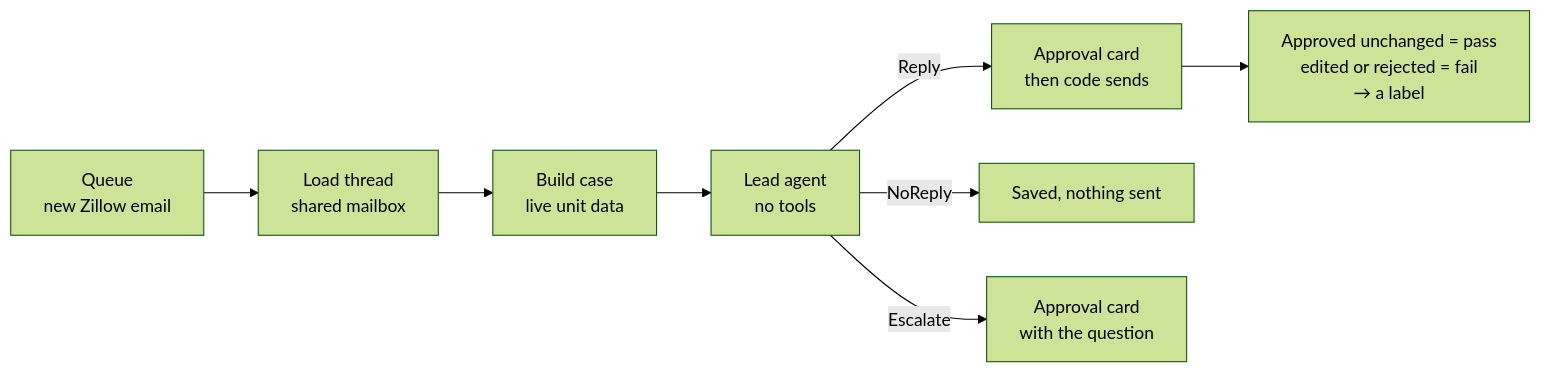
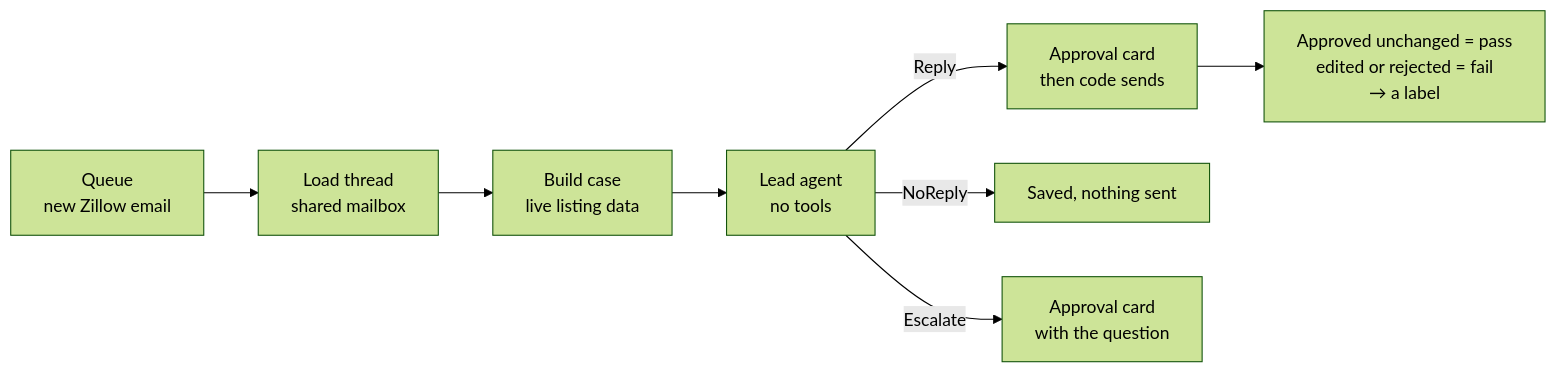
Before and after one commit to EmilioEsposito/portfolio: the third of 3 diagrams in api/src/sernia_ai/zillow_leads/README.md, drawn with Mermaid (forest theme). The commit also changed other lines of this file and 15 other files, not shown here.

First line of the commit message:
Name the case builder's input ListingData, matching listing_data.py

````diff
--- a/api/src/sernia_ai/zillow_leads/README.md
+++ b/api/src/sernia_ai/zillow_leads/README.md
@@ -335,10 +335,10 @@
 ```mermaid
 flowchart LR
     Q["Queue<br/>new Zillow email"] --> T["Load thread<br/>shared mailbox"]
-    T --> B["Build case<br/>live unit data"]
+    T --> B["Build case<br/>live listing data"]
     B --> X["Lead agent<br/>no tools"]
     X -->|Reply| A["Approval card<br/>then code sends"]
     X -->|NoReply| N["Saved, nothing sent"]
     X -->|Escalate| H["Approval card<br/>with the question"]
     A --> W["Approved unchanged = pass<br/>edited or rejected = fail<br/>→ a label"]
 ```
````
